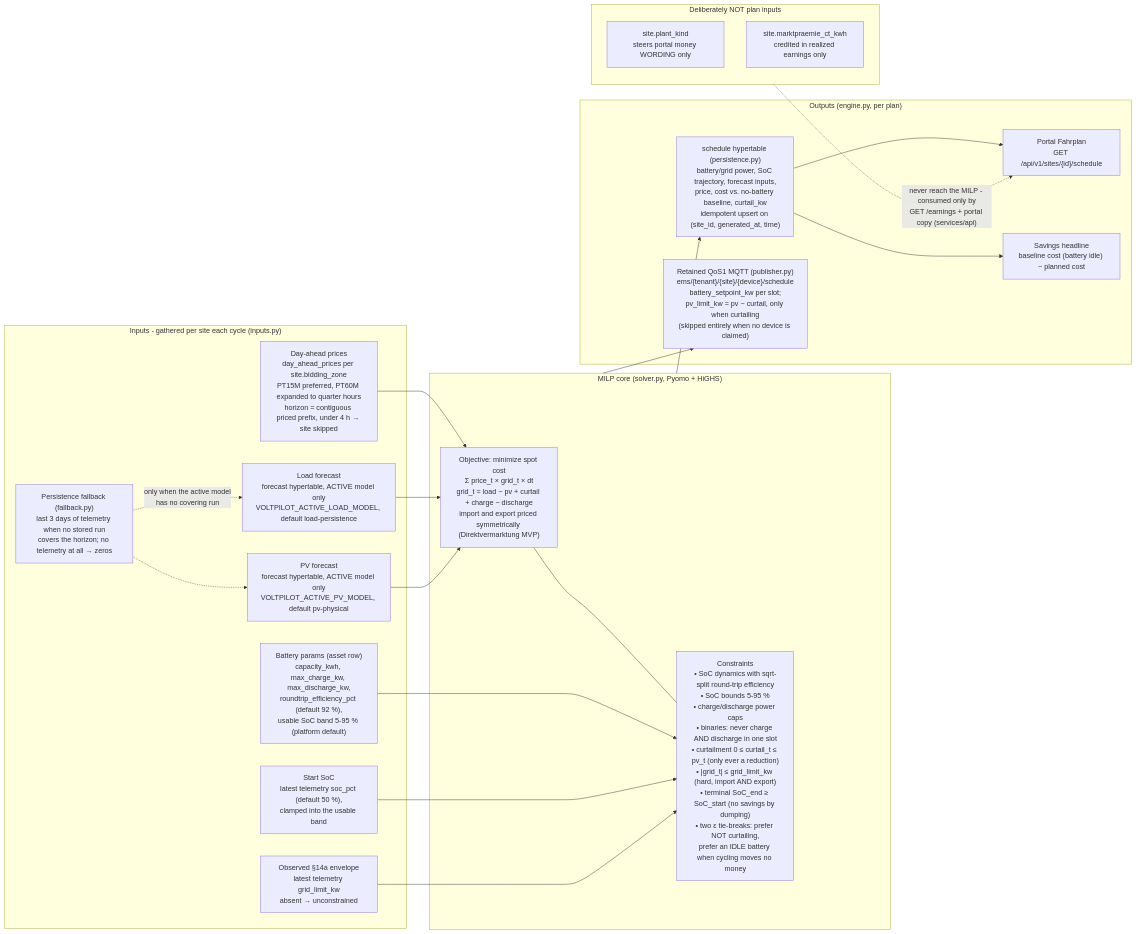
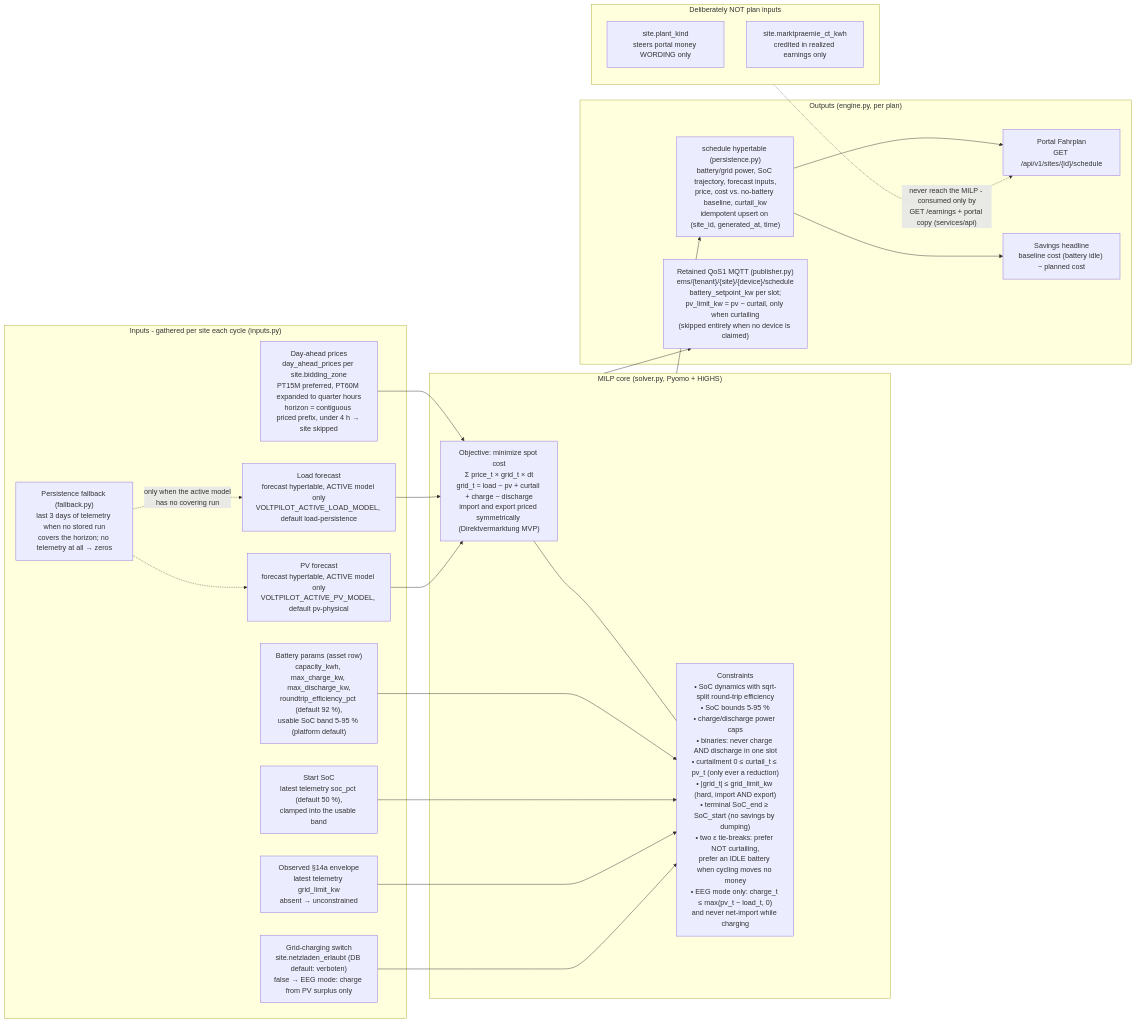
The diagram in services/optimization/README.md (Rayleigh3105/voltpilot-ems), drawn with Mermaid before and after one commit. The commit also changed other lines of this file and 35 other files, not shown here.

Commit message:
feat(optimizer+api+portal): per-site grid-charging switch - EEG compliance (netzladen_erlaubt) (#87)

````diff
--- a/services/optimization/README.md
+++ b/services/optimization/README.md
@@ -15,44 +15,46 @@
 ```mermaid
 flowchart LR
     subgraph IN["Inputs - gathered per site each cycle (inputs.py)"]
         PRICES["Day-ahead prices<br/>day_ahead_prices per site.bidding_zone<br/>PT15M preferred, PT60M expanded to quarter hours<br/>horizon = contiguous priced prefix, under 4 h → site skipped"]
         LOAD["Load forecast<br/>forecast hypertable, ACTIVE model only<br/>VOLTPILOT_ACTIVE_LOAD_MODEL, default load-persistence"]
         PV["PV forecast<br/>forecast hypertable, ACTIVE model only<br/>VOLTPILOT_ACTIVE_PV_MODEL, default pv-physical"]
         FB["Persistence fallback (fallback.py)<br/>last 3 days of telemetry when no stored run<br/>covers the horizon; no telemetry at all → zeros"]
         BAT["Battery params (asset row)<br/>capacity_kwh, max_charge_kw, max_discharge_kw,<br/>roundtrip_efficiency_pct (default 92 %),<br/>usable SoC band 5-95 % (platform default)"]
         SOC["Start SoC<br/>latest telemetry soc_pct (default 50 %),<br/>clamped into the usable band"]
         LIMIT["Observed §14a envelope<br/>latest telemetry grid_limit_kw<br/>absent → unconstrained"]
+        NETZ["Grid-charging switch<br/>site.netzladen_erlaubt (DB default: verboten)<br/>false → EEG mode: charge from PV surplus only"]
         FB -. "only when the active model<br/>has no covering run" .-> LOAD
         FB -.-> PV
     end
 
     subgraph MILP["MILP core (solver.py, Pyomo + HiGHS)"]
         OBJ["Objective: minimize spot cost<br/>Σ price_t × grid_t × dt<br/>grid_t = load − pv + curtail + charge − discharge<br/>import and export priced symmetrically (Direktvermarktung MVP)"]
-        CON["Constraints<br/>• SoC dynamics with sqrt-split round-trip efficiency<br/>• SoC bounds 5-95 %<br/>• charge/discharge power caps<br/>• binaries: never charge AND discharge in one slot<br/>• curtailment 0 ≤ curtail_t ≤ pv_t (only ever a reduction)<br/>• |grid_t| ≤ grid_limit_kw (hard, import AND export)<br/>• terminal SoC_end ≥ SoC_start (no savings by dumping)<br/>• two ε tie-breaks: prefer NOT curtailing,<br/>prefer an IDLE battery when cycling moves no money"]
+        CON["Constraints<br/>• SoC dynamics with sqrt-split round-trip efficiency<br/>• SoC bounds 5-95 %<br/>• charge/discharge power caps<br/>• binaries: never charge AND discharge in one slot<br/>• curtailment 0 ≤ curtail_t ≤ pv_t (only ever a reduction)<br/>• |grid_t| ≤ grid_limit_kw (hard, import AND export)<br/>• terminal SoC_end ≥ SoC_start (no savings by dumping)<br/>• two ε tie-breaks: prefer NOT curtailing,<br/>prefer an IDLE battery when cycling moves no money<br/>• EEG mode only: charge_t ≤ max(pv_t − load_t, 0)<br/>and never net-import while charging"]
         OBJ --- CON
     end
 
     subgraph OUT["Outputs (engine.py, per plan)"]
         DB["schedule hypertable (persistence.py)<br/>battery/grid power, SoC trajectory, forecast inputs,<br/>price, cost vs. no-battery baseline, curtail_kw<br/>idempotent upsert on (site_id, generated_at, time)"]
         MQTT["Retained QoS1 MQTT (publisher.py)<br/>ems/{tenant}/{site}/{device}/schedule<br/>battery_setpoint_kw per slot;<br/>pv_limit_kw = pv − curtail, only when curtailing<br/>(skipped entirely when no device is claimed)"]
         PORTAL["Portal Fahrplan<br/>GET /api/v1/sites/{id}/schedule"]
         SAVINGS["Savings headline<br/>baseline cost (battery idle) − planned cost"]
     end
 
     PRICES --> OBJ
     LOAD --> OBJ
     PV --> OBJ
     BAT --> CON
     SOC --> CON
     LIMIT --> CON
+    NETZ --> CON
     MILP --> DB
     MILP --> MQTT
     DB --> PORTAL
     DB --> SAVINGS
 
     subgraph NOTIN["Deliberately NOT plan inputs"]
         PK["site.plant_kind<br/>steers portal money WORDING only"]
         MP["site.marktpraemie_ct_kwh<br/>credited in realized earnings only"]
     end
     NOTIN -. "never reach the MILP - consumed only by<br/>GET /earnings + portal copy (services/api)" .-> PORTAL
 ```
````
